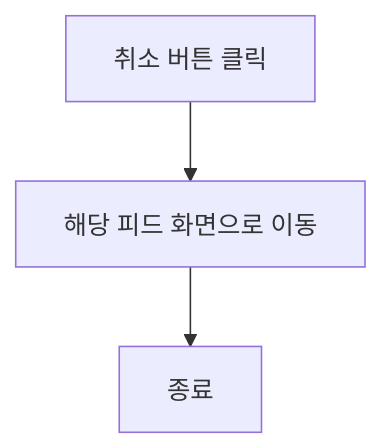
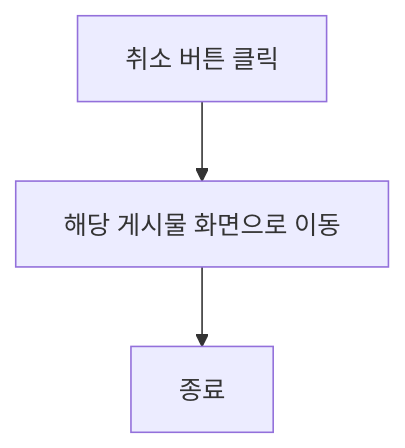
One commit to Dev-FE-2/3_swim_diary changed diagram 28 of 40 in design/기능정의서.md. Above: the diagram before and after it, drawn with Mermaid. The commit also changed other lines of this file and 1 other file, not shown here.

````diff
--- a/design/기능정의서.md
+++ b/design/기능정의서.md
@@ -148,5 +635,5 @@
     ```mermaid
     flowchart TD
-    A[취소 버튼 클릭] --> B[해당 피드 화면으로 이동]
+    A[취소 버튼 클릭] --> B[해당 게시물 화면으로 이동]
     B --> Z[종료]
     ```
````
